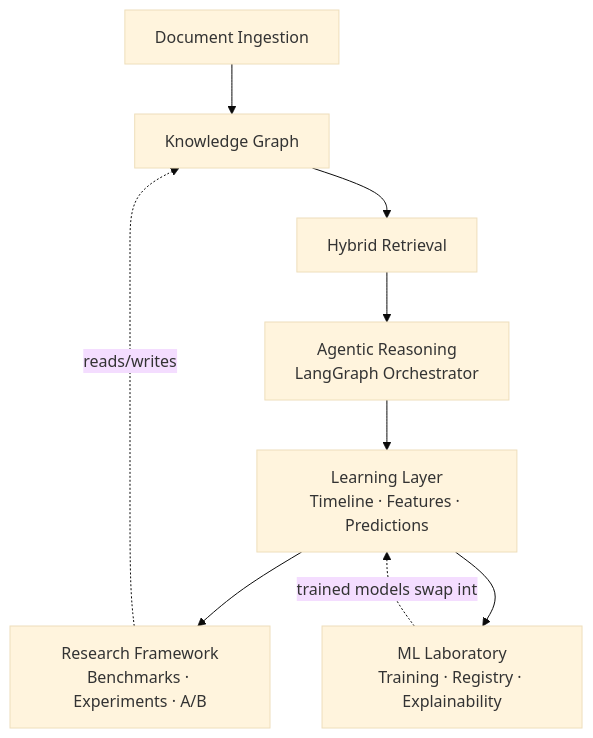
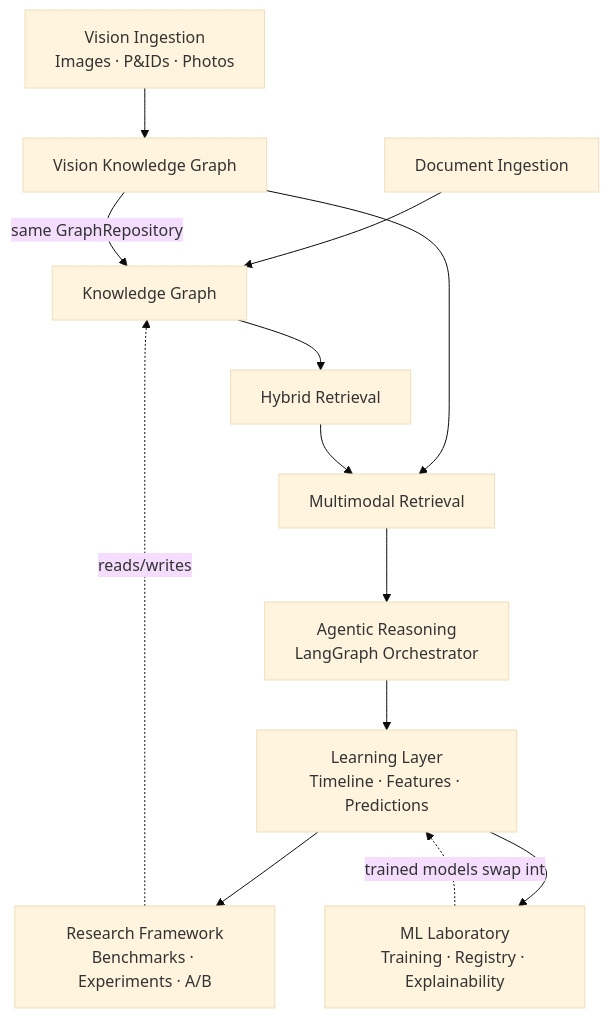
Before and after one commit to NisirBage/industrial-knowledge-os: the first of 3 diagrams in docs/architecture/system-overview.md, drawn with Mermaid (base theme). The commit also changed other lines of this file and 124 other files, not shown here.

Commit message:
feat: complete M9 Industrial Graph Intelligence Platform

````diff
--- a/docs/architecture/system-overview.md
+++ b/docs/architecture/system-overview.md
@@ -11,11 +11,15 @@
 ```mermaid
 flowchart TD
     A[Document Ingestion] --> B[Knowledge Graph]
+    V[Vision Ingestion<br/>Images · P&IDs · Photos] --> VKG[Vision Knowledge Graph]
+    VKG -->|same GraphRepository| B
     B --> C[Hybrid Retrieval]
-    C --> D[Agentic Reasoning<br/>LangGraph Orchestrator]
+    VKG --> MM[Multimodal Retrieval]
+    C --> MM
+    MM --> D[Agentic Reasoning<br/>LangGraph Orchestrator]
     D --> E[Learning Layer<br/>Timeline · Features · Predictions]
     E --> F[Research Framework<br/>Benchmarks · Experiments · A/B]
     E --> G[ML Laboratory<br/>Training · Registry · Explainability]
     F -.reads/writes.-> B
     G -.trained models swap into.-> E
 ```
````
